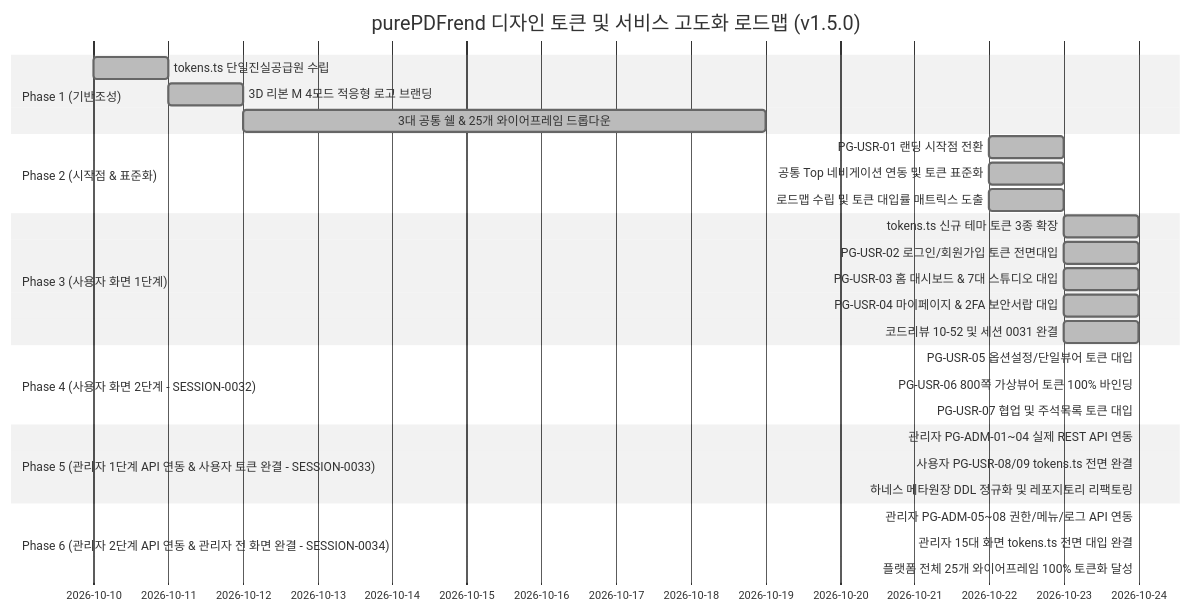
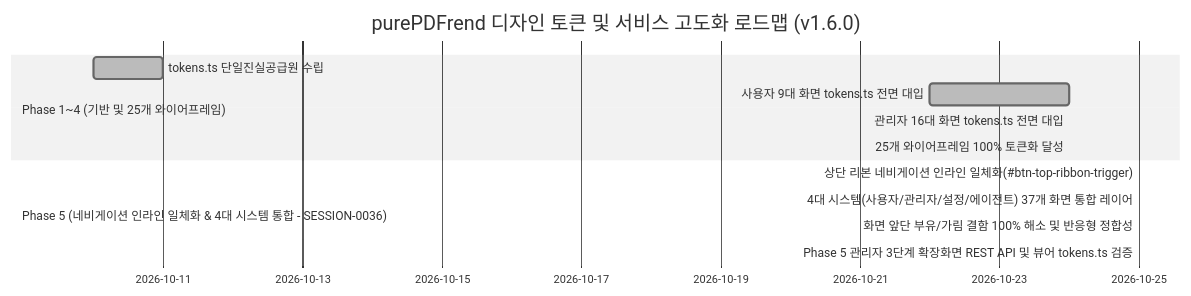
Before and after one commit to jkoogit/purePDFrend: the diagram in docs/07.로드맵/07-02_화면별_디자인_토큰_적용현황_및_단계별_로드맵.md, drawn with Mermaid (neutral theme). The commit also changed other lines of this file and 17 other files, not shown here.

Commit message:
[TASK-0036-01] 상단 개발용 메뉴이동 레이어 인라인 일체화(화면 부유 증상 조치) 및 4대 시스템 37개 화면 네비게이션 완결

````diff
--- a/docs/07.로드맵/07-02_화면별_디자인_토큰_적용현황_및_단계별_로드맵.md
+++ b/docs/07.로드맵/07-02_화면별_디자인_토큰_적용현황_및_단계별_로드맵.md
@@ -91,31 +116,15 @@
 ```mermaid
 gantt
-    title purePDFrend 디자인 토큰 및 서비스 고도화 로드맵 (v1.5.0)
+    title purePDFrend 디자인 토큰 및 서비스 고도화 로드맵 (v1.6.0)
     dateFormat  YYYY-MM-DD
-    section Phase 1 (기반조성)
+    section Phase 1~4 (기반 및 25개 와이어프레임)
     tokens.ts 단일진실공급원 수립           :done,    p1_1, 2026-10-10, 2026-10-11
-    3D 리본 M 4모드 적응형 로고 브랜딩      :done,    p1_2, 2026-10-11, 2026-10-12
-    3대 공통 쉘 & 25개 와이어프레임 드롭다운 :done,    p1_3, 2026-10-12, 2026-10-19
-    section Phase 2 (시작점 & 표준화)
-    PG-USR-01 랜딩 시작점 전환              :done,    p2_1, 2026-10-22, 2026-10-23
-    공통 Top 네비게이션 연동 및 토큰 표준화   :done,    p2_2, 2026-10-22, 2026-10-23
-    로드맵 수립 및 토큰 대입률 매트릭스 도출 :done,    p2_3, 2026-10-22, 2026-10-23
-    section Phase 3 (사용자 화면 1단계)
-    tokens.ts 신규 테마 토큰 3종 확장        :done,    p3_0, 2026-10-23, 2026-10-24
-    PG-USR-02 로그인/회원가입 토큰 전면대입   :done,    p3_1, 2026-10-23, 2026-10-24
-    PG-USR-03 홈 대시보드 & 7대 스튜디오 대입 :done,    p3_2, 2026-10-23, 2026-10-24
-    PG-USR-04 마이페이지 & 2FA 보안서랍 대입 :done,    p3_3, 2026-10-23, 2026-10-24
-    코드리뷰 10-52 및 세션 0031 완결        :done,    p3_4, 2026-10-23, 2026-10-24
-    section Phase 4 (사용자 화면 2단계 - SESSION-0032)
-    PG-USR-05 옵션설정/단일뷰어 토큰 대입    :done,    p4_1, 2026-10-24, 2026-10-24
-    PG-USR-06 800쪽 가상뷰어 토큰 100% 바인딩 :done,    p4_2, 2026-10-24, 2026-10-24
-    PG-USR-07 협업 및 주석목록 토큰 대입     :done,    p4_3, 2026-10-24, 2026-10-24
-    section Phase 5 (관리자 1단계 API 연동 & 사용자 토큰 완결 - SESSION-0033)
-    관리자 PG-ADM-01~04 실제 REST API 연동  :done,    p5_1, 2026-10-24, 2026-10-24
-    사용자 PG-USR-08/09 tokens.ts 전면 완결 :done,    p5_2, 2026-10-24, 2026-10-24
-    하네스 메타원장 DDL 정규화 및 레포지토리 리팩토링 :done,    p5_3, 2026-10-24, 2026-10-24
-    section Phase 6 (관리자 2단계 API 연동 & 관리자 전 화면 완결 - SESSION-0034)
-    관리자 PG-ADM-05~08 권한/메뉴/로그 API 연동 :done,    p6_1, 2026-10-24, 2026-10-24
-    관리자 15대 화면 tokens.ts 전면 대입 완결   :done,    p6_2, 2026-10-24, 2026-10-24
-    플랫폼 전체 25개 와이어프레임 100% 토큰화 달성 :done,    p6_3, 2026-10-24, 2026-10-24
+    사용자 9대 화면 tokens.ts 전면 대입     :done,    p1_2, 2026-10-22, 2026-10-24
+    관리자 16대 화면 tokens.ts 전면 대입    :done,    p1_3, 2026-10-24, 2026-10-24
+    25개 와이어프레임 100% 토큰화 달성      :done,    p1_4, 2026-10-24, 2026-10-24
+    section Phase 5 (네비게이션 인라인 일체화 & 4대 시스템 통합 - SESSION-0036)
+    상단 리본 네비게이션 인라인 일체화(#btn-top-ribbon-trigger) :done, p5_1, 2026-10-25, 2026-10-25
+    4대 시스템(사용자/관리자/설정/에이전트) 37개 화면 통합 레이어 :done, p5_2, 2026-10-25, 2026-10-25
+    화면 앞단 부유/가림 결함 100% 해소 및 반응형 정합성 :done, p5_3, 2026-10-25, 2026-10-25
+    Phase 5 관리자 3단계 확장화면 REST API 및 뷰어 tokens.ts 검증 :active, p5_4, 2026-10-25, 2026-10-25
 ```
````
